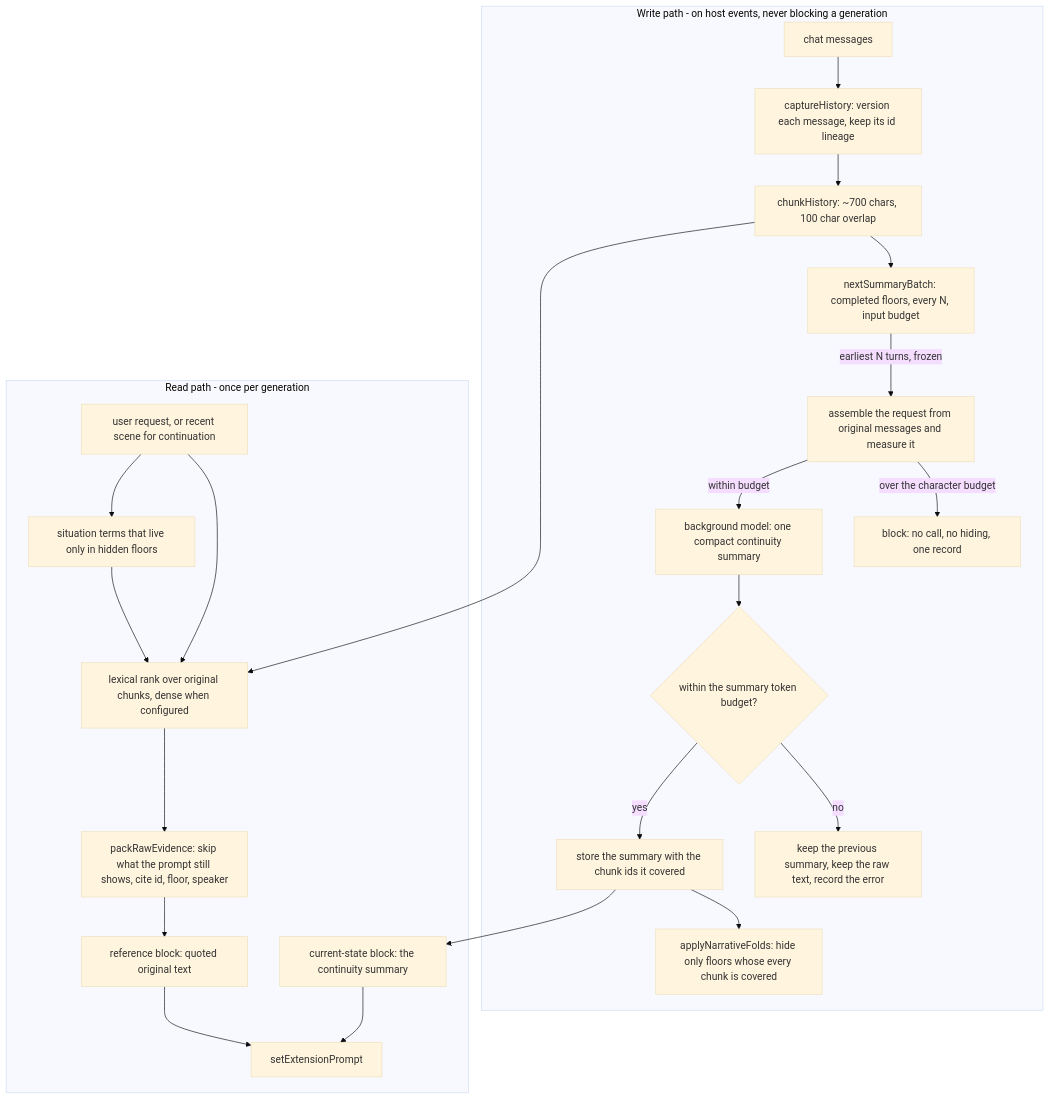
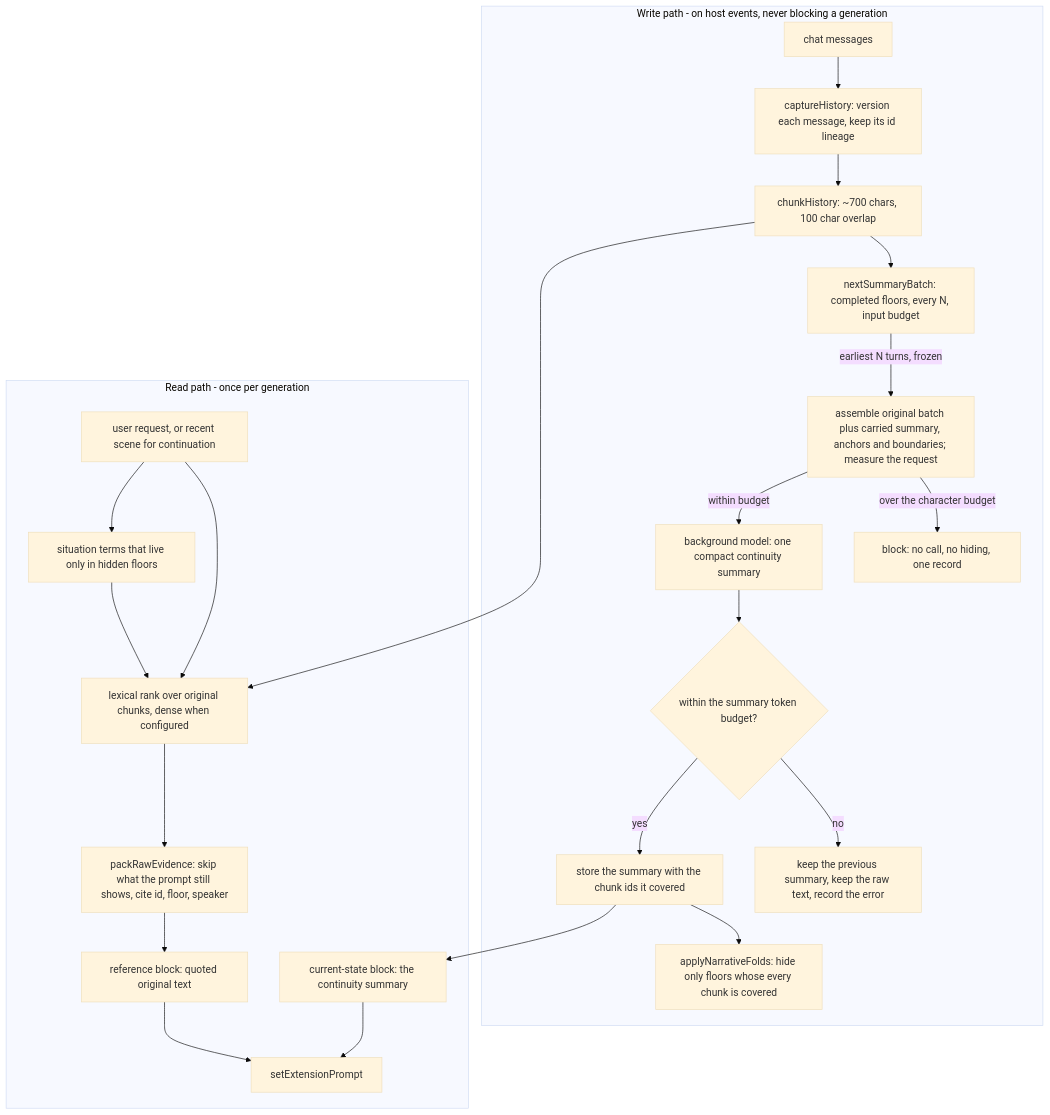
One commit to Icey0111/Memory-plugin changed the diagram in dev_docs/01_architecture.md. Above: the diagram before and after it, drawn with Mermaid (base theme). The commit also changed other lines of this file and 5 other files, not shown here.

````diff
--- a/dev_docs/01_architecture.md
+++ b/dev_docs/01_architecture.md
@@ -18,26 +25,26 @@
 ```mermaid
 flowchart TD
     subgraph W[Write path - on host events, never blocking a generation]
         R[chat messages] --> C[captureHistory: version each message, keep its id lineage]
         C --> K[chunkHistory: ~700 chars, 100 char overlap]
         K --> B[nextSummaryBatch: completed floors, every N, input budget]
-        B -->|earliest N turns, frozen| M[assemble the request from original messages and measure it]
+        B -->|earliest N turns, frozen| M[assemble original batch plus carried summary, anchors and boundaries; measure the request]
         M -->|over the character budget| BL[block: no call, no hiding, one record]
         M -->|within budget| S[background model: one compact continuity summary]
         S --> V{within the summary token budget?}
         V -->|no| E[keep the previous summary, keep the raw text, record the error]
         V -->|yes| A[store the summary with the chunk ids it covered]
         A --> D[applyNarrativeFolds: hide only floors whose every chunk is covered]
     end
     subgraph G[Read path - once per generation]
         Q[user request, or recent scene for continuation] --> L[lexical rank over original chunks, dense when configured]
         Q --> N[situation terms that live only in hidden floors]
         N --> L
         K --> L
         L --> P[packRawEvidence: skip what the prompt still shows, cite id, floor, speaker]
         A --> Y[current-state block: the continuity summary]
         P --> X[reference block: quoted original text]
         Y --> I[setExtensionPrompt]
         X --> I
     end
 ```
````
